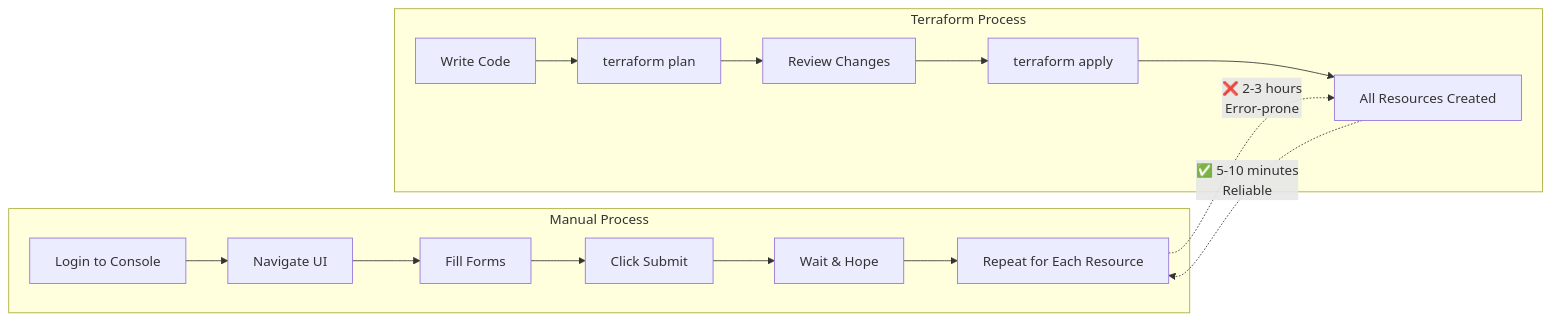
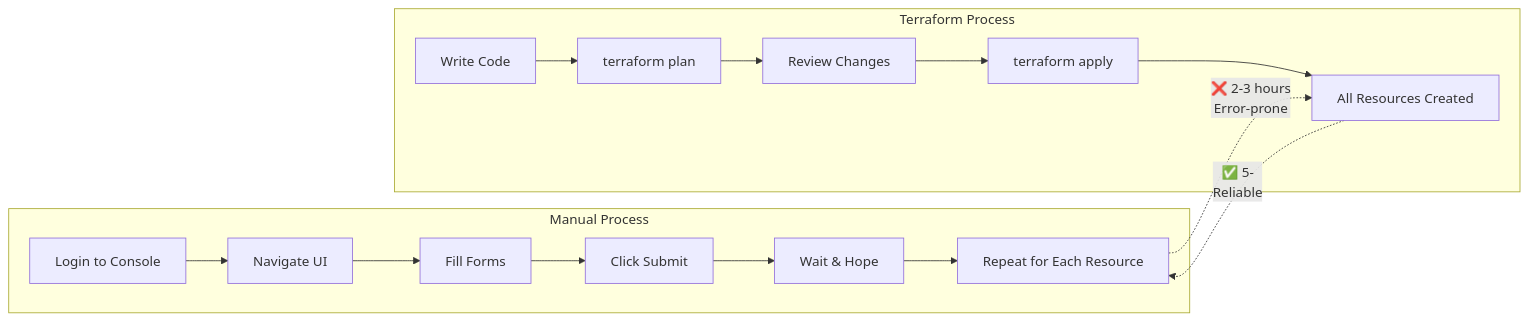
The third of 7 diagrams in Section-2-DevOps/Session-8_terraform_and_infra_automation/01-introduction-history/README.md (manikcloud/cloud-devops-learning-path), drawn with Mermaid before and after one commit. The commit also changed other lines of this file and 8 other files, not shown here.

````diff
--- a/Section-2-DevOps/Session-8_terraform_and_infra_automation/01-introduction-history/README.md
+++ b/Section-2-DevOps/Session-8_terraform_and_infra_automation/01-introduction-history/README.md
@@ -160,20 +160,20 @@
 ```mermaid
 graph LR
     subgraph "Manual Process"
         A[Login to Console] --> B[Navigate UI]
         B --> C[Fill Forms]
         C --> D[Click Submit]
         D --> E[Wait & Hope]
         E --> F[Repeat for Each Resource]
     end
     
     subgraph "Terraform Process"
         G[Write Code] --> H[terraform plan]
         H --> I[Review Changes]
         I --> J[terraform apply]
         J --> K[All Resources Created]
     end
     
     F -.->|"❌ 2-3 hours<br/>Error-prone"| K
-    K -.->|"✅ 5-10 minutes<br/>Reliable"| F
+    K -.->|"✅ 5-<br/>Reliable"| F
 ```
````
